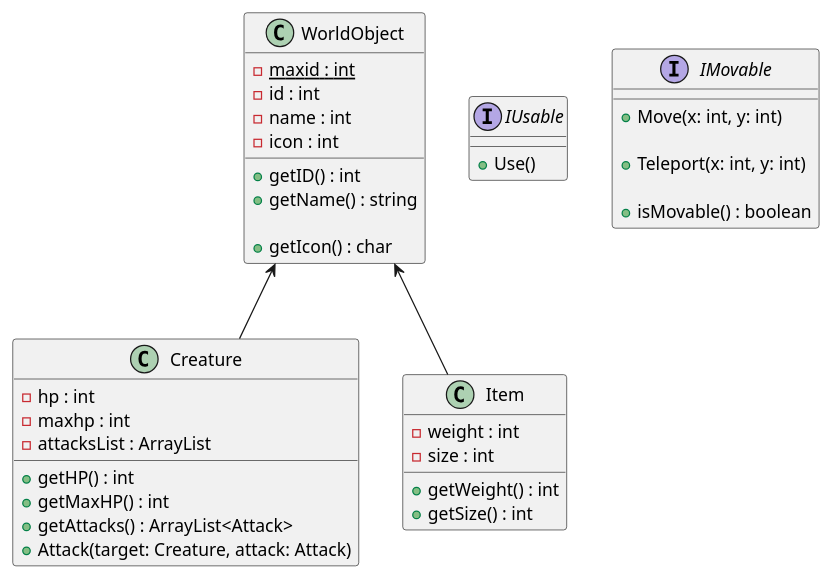
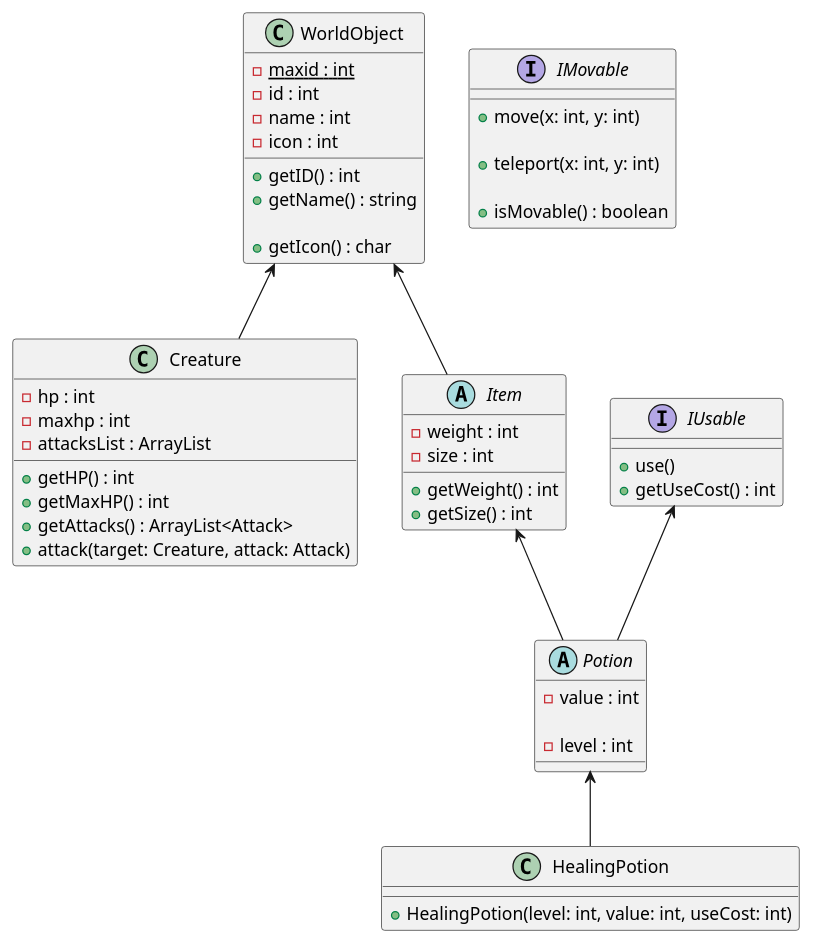
One commit to h2kb/jRPG changed the diagram in UML_WorldObjects.puml. Above: the diagram before and after it, drawn with PlantUML.

Commit message:
Поправил названия некоторых функций Описал классы Potion и HealingPotion

```diff
--- a/UML_WorldObjects.puml
+++ b/UML_WorldObjects.puml
@@ -1,55 +1,73 @@
 @startuml
 
 WorldObject <-- Creature
 WorldObject <-- Item
+
+Item <-- Potion
+IUsable <-- Potion
+
+Potion <-- HealingPotion
 
 class WorldObject {
     - {static} maxid : int
     - id : int
     - name : int
     - icon : int
 
     + getID() : int
     + getName() : string
 
     'Отображаемая иконка объекта на карте'
     + getIcon() : char
 }
 
 class Creature {
     - hp : int
     - maxhp : int
     - attacksList : ArrayList
 
     + getHP() : int
     + getMaxHP() : int
     + getAttacks() : ArrayList<Attack>
-    + Attack(target: Creature, attack: Attack)
+    + attack(target: Creature, attack: Attack)
 }
 
-class Item {
+abstract class Item {
     - weight : int
     - size : int
 
     + getWeight() : int
     + getSize() : int
 }
 
 interface IUsable {
-    + Use()
+    + use()
+    + getUseCost() : int
 }
 
 interface IMovable {
     'Переместить на определённое количество клеток по x и y'
-    + Move(x: int, y: int)
+    + move(x: int, y: int)
 
     'Переместить в определённую клетку'
-    + Teleport(x: int, y: int)
+    + teleport(x: int, y: int)
 
     'Может ли объект передвигаться в данный момент'
     + isMovable() : boolean
 }
 
+abstract class Potion {
+    'Базовая сила действия зелья'
+    - value : int
+
+    'Уровень зелья'
+    - level : int
+}
+
+class HealingPotion {
+    + HealingPotion(level: int, value: int, useCost: int)
+}
+
 'Нужен ли отдельный интерфейс для поднимаемых объектов?'
 
 @enduml
```
